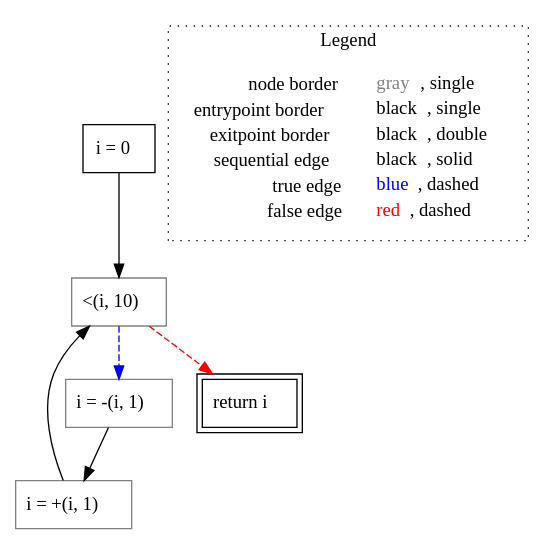
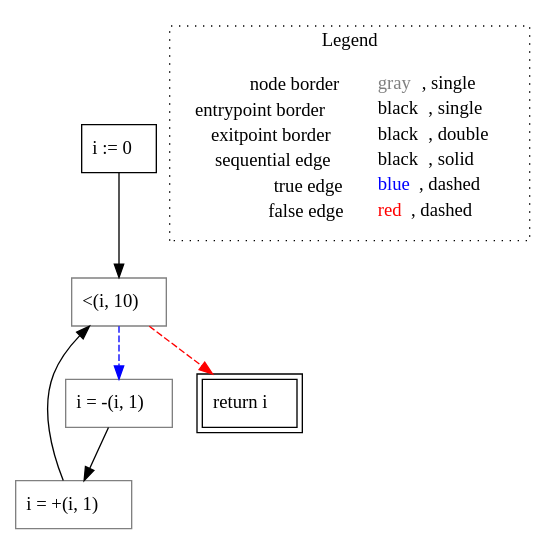
Before and after one commit to lisa-analyzer/go-lisa: the diagram in go-lisa/go-testcases/cfg/return/untyped_~LiSAProgram.returnInLoop().dot, drawn with Graphviz. The commit also changed 9 other files, not shown here.

```diff
--- a/go-lisa/go-testcases/cfg/return/untyped_~LiSAProgram.returnInLoop().dot
+++ b/go-lisa/go-testcases/cfg/return/untyped_~LiSAProgram.returnInLoop().dot
@@ -1,19 +1,19 @@
 digraph {
-	"node0" [shape="rect",color="black",label=<i = 0>];
+	"node0" [shape="rect",color="black",label=<i := 0>];
 	"node1" [shape="rect",color="gray",label=<i = +(i, 1)>];
 	"node2" [shape="rect",color="gray",label=<&lt;(i, 10)>];
 	"node3" [shape="rect",color="gray",label=<i = -(i, 1)>];
 	"node4" [shape="rect",color="black",peripheries="2",label=<return i>];
 	"node1" -> "node2" [color="black"];
 	"node2" -> "node3" [color="blue",style="dashed"];
 	"node2" -> "node4" [color="red",style="dashed"];
 	"node0" -> "node2" [color="black"];
 	"node3" -> "node1" [color="black"];
 subgraph cluster_legend {
 	label="Legend";
 	style=dotted;
 	node [shape=plaintext];
 	"legend" [label=<<table border="0" cellpadding="2" cellspacing="0" cellborder="0"><tr><td align="right">node border&nbsp;</td><td align="left"><font color="gray">gray</font>, single</td></tr><tr><td align="right">entrypoint border&nbsp;</td><td align="left"><font color="black">black</font>, single</td></tr><tr><td align="right">exitpoint border&nbsp;</td><td align="left"><font color="black">black</font>, double</td></tr><tr><td align="right">sequential edge&nbsp;</td><td align="left"><font color="black">black</font>, solid</td></tr><tr><td align="right">true edge&nbsp;</td><td align="left"><font color="blue">blue</font>, dashed</td></tr><tr><td align="right">false edge&nbsp;</td><td align="left"><font color="red">red</font>, dashed</td></tr></table>>];
 }
 
 }
```
